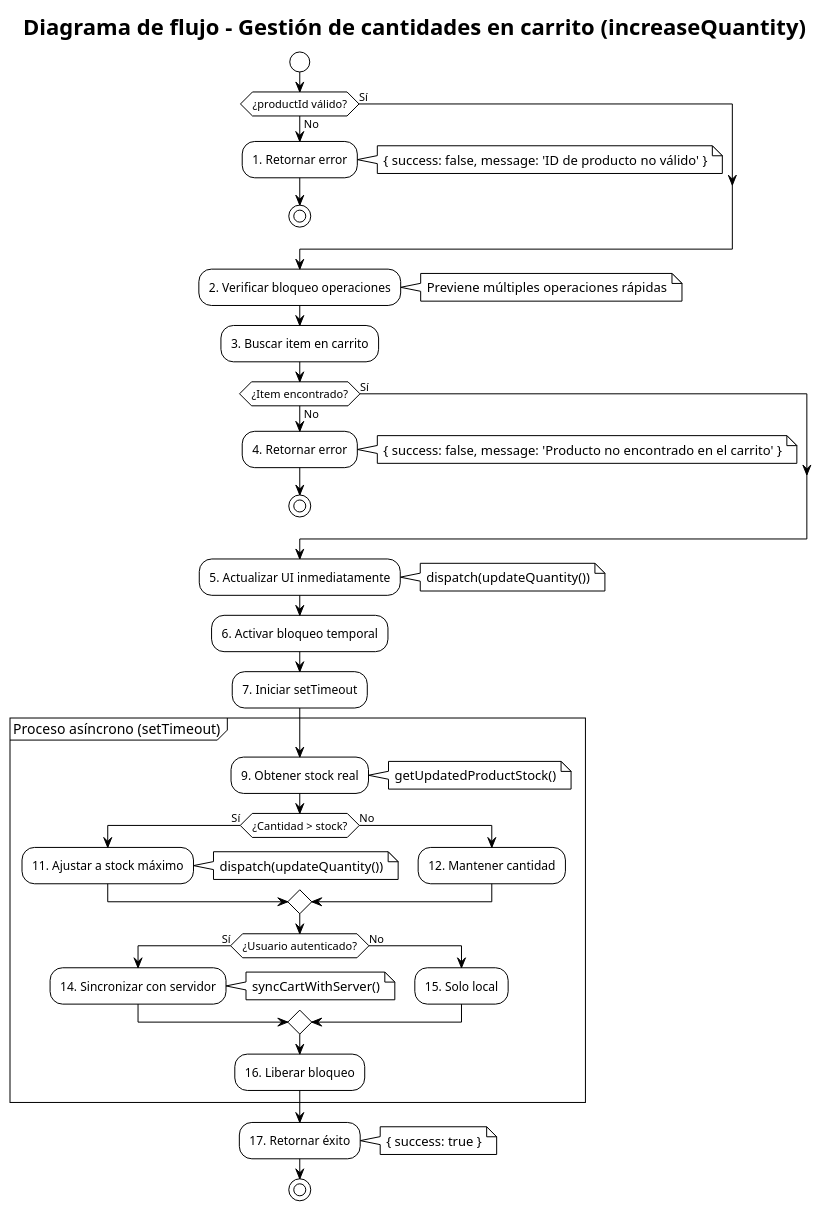
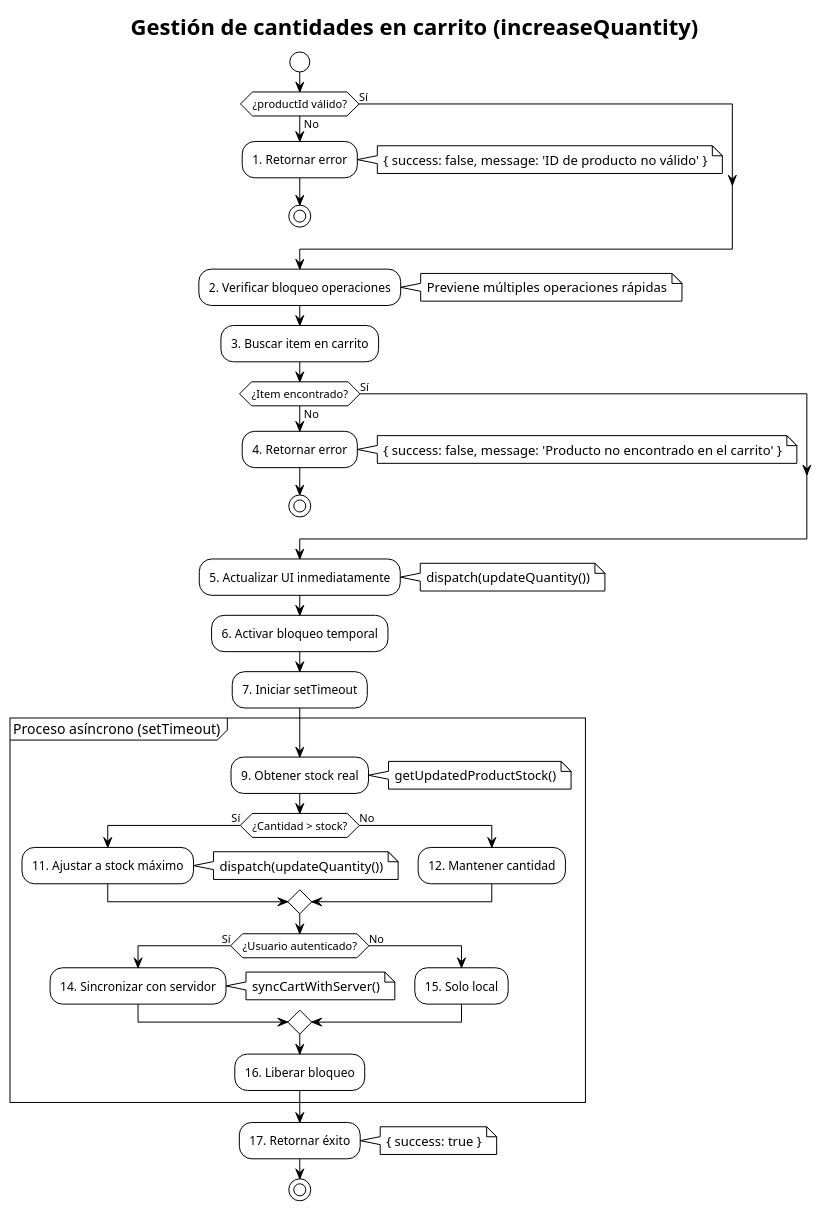
Before and after one commit to ValentinZurita/cactilia: the diagram in pruebas-de-caja-blanca/diagramas/PCB-M-05.plantuml, drawn with PlantUML. The commit also changed 6 other files, not shown here.

```diff
--- a/pruebas-de-caja-blanca/diagramas/PCB-M-05.plantuml
+++ b/pruebas-de-caja-blanca/diagramas/PCB-M-05.plantuml
@@ -1,81 +1,81 @@
 @startuml
 !theme plain
 skinparam monochrome true
 skinparam shadowing false
 skinparam defaultFontName Arial
 skinparam ArrowFontSize 11
 
-title Diagrama de flujo - Gestión de cantidades en carrito (increaseQuantity)
+title Gestión de cantidades en carrito (increaseQuantity)
 
 start
 
 ' 1 - Validación inicial de ID
 if (¿productId válido?) then (No)
   :1. Retornar error;
   note right: { success: false, message: 'ID de producto no válido' }
   stop
 else (Sí)
 endif
 
 ' 2 - Verificación de bloqueo
 :2. Verificar bloqueo operaciones;
 note right: Previene múltiples operaciones rápidas
 
 ' 3 - Buscar producto en carrito
 :3. Buscar item en carrito;
 
 ' 4 - Verificar si existe el producto
 if (¿Item encontrado?) then (No)
   :4. Retornar error;
   note right: { success: false, message: 'Producto no encontrado en el carrito' }
   stop
 else (Sí)
 endif
 
 ' 5 - Actualización optimista
 :5. Actualizar UI inmediatamente;
 note right: dispatch(updateQuantity())
 
 ' 6 - Marcar como bloqueado
 :6. Activar bloqueo temporal;
 
 ' 7 - Iniciar proceso asíncrono
 :7. Iniciar setTimeout;
 
 ' 8 - Bloque try
 partition "Proceso asíncrono (setTimeout)" {
   ' 9 - Verificar stock actual
   :9. Obtener stock real;
   note right: getUpdatedProductStock()
 
   ' 10 - Decisión stock suficiente
   if (¿Cantidad > stock?) then (Sí)
     ' 11 - Ajustar cantidad si supera el stock
     :11. Ajustar a stock máximo;
     note right: dispatch(updateQuantity())
   else (No)
     ' 12 - No se requiere ajuste
     :12. Mantener cantidad;
   endif
 
   ' 13 - Decisión usuario autenticado
   if (¿Usuario autenticado?) then (Sí)
     ' 14 - Sincronizar carrito
     :14. Sincronizar con servidor;
     note right: syncCartWithServer()
   else (No)
     ' 15 - No sincronizar
     :15. Solo local;
   endif
   
   ' 16 - Liberar bloqueo en finally
   :16. Liberar bloqueo;
 }
 
 ' 17 - Retornar éxito inmediato
 :17. Retornar éxito;
 note right: { success: true }
 
 stop
 
 @enduml
```
